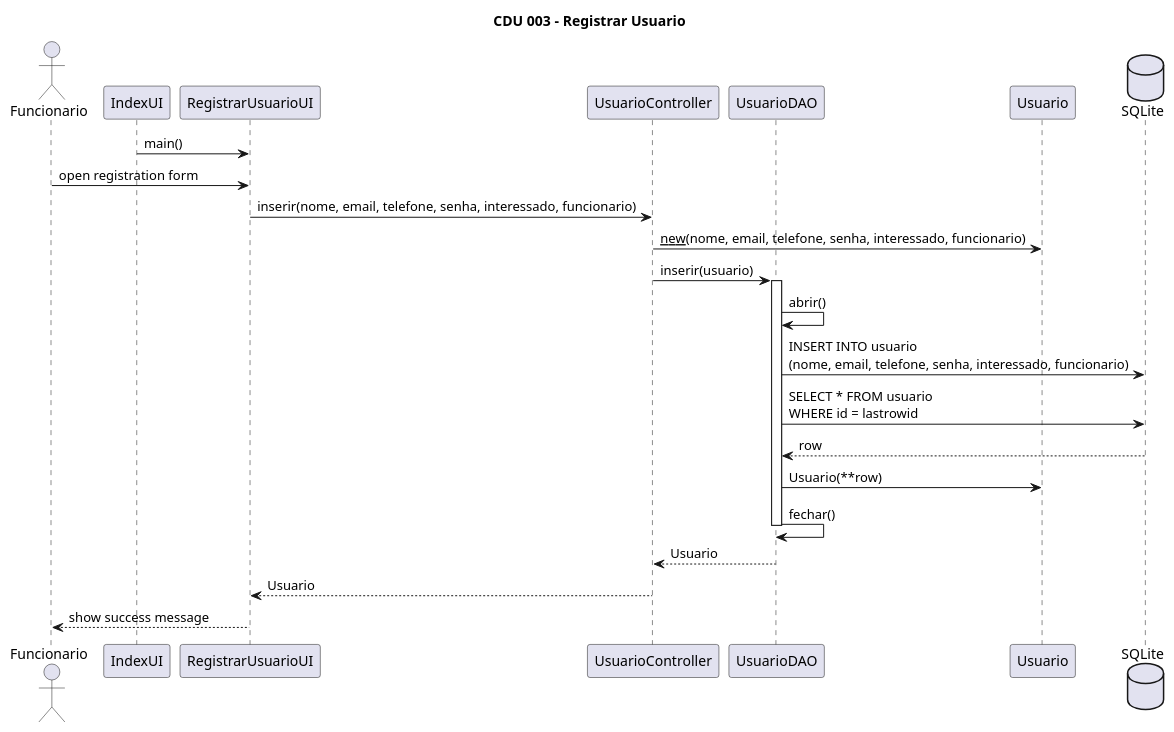
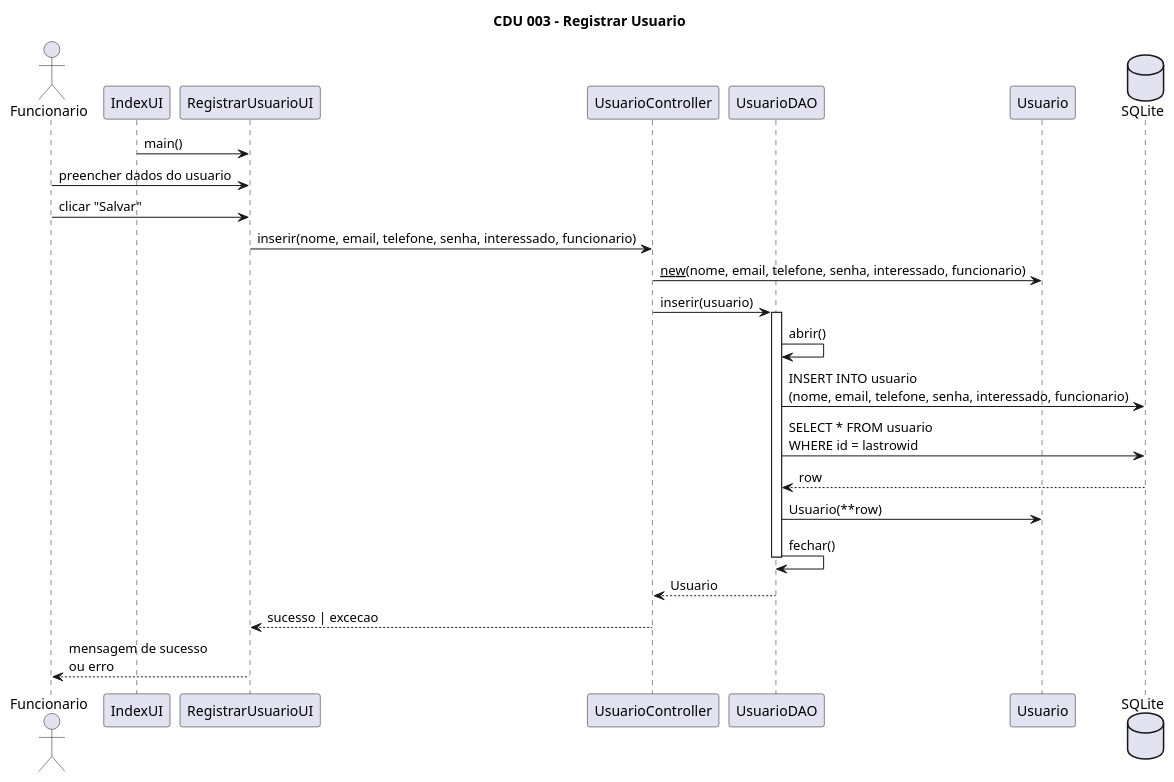
The diagram in diagramas/plantUML/diagramas_de_sequencia/cdu_003.puml (B1EL124/Projeto-QSEVA), drawn with PlantUML before and after one commit. The commit also changed 4 other files, not shown here.

Commit message:
diagramas

```diff
--- a/diagramas/plantUML/diagramas_de_sequencia/cdu_003.puml
+++ b/diagramas/plantUML/diagramas_de_sequencia/cdu_003.puml
@@ -1,36 +1,37 @@
 @startuml cdu_003_registrar_usuario
 title CDU 003 - Registrar Usuario
 
 actor Funcionario
 
 participant IndexUI
 participant RegistrarUsuarioUI
 participant UsuarioController
 participant UsuarioDAO
 participant Usuario
 database SQLite
 
 IndexUI -> RegistrarUsuarioUI: main()
 
-Funcionario -> RegistrarUsuarioUI: open registration form
+Funcionario -> RegistrarUsuarioUI: preencher dados do usuario
+Funcionario -> RegistrarUsuarioUI: clicar "Salvar"
 
 RegistrarUsuarioUI -> UsuarioController: inserir(nome, email, telefone, senha, interessado, funcionario)
 
 UsuarioController -> Usuario: __new__(nome, email, telefone, senha, interessado, funcionario)
 
 UsuarioController -> UsuarioDAO: inserir(usuario)
 
 activate UsuarioDAO
 UsuarioDAO -> UsuarioDAO: abrir()
 UsuarioDAO -> SQLite: INSERT INTO usuario\n(nome, email, telefone, senha, interessado, funcionario)
 UsuarioDAO -> SQLite: SELECT * FROM usuario\nWHERE id = lastrowid
 SQLite --> UsuarioDAO: row
 UsuarioDAO -> Usuario: Usuario(**row)
 UsuarioDAO -> UsuarioDAO: fechar()
 deactivate UsuarioDAO
 
 UsuarioDAO --> UsuarioController: Usuario
-UsuarioController --> RegistrarUsuarioUI: Usuario
-RegistrarUsuarioUI --> Funcionario: show success message
+UsuarioController --> RegistrarUsuarioUI: sucesso | excecao
+RegistrarUsuarioUI --> Funcionario: mensagem de sucesso\nou erro
 
 @enduml
```
